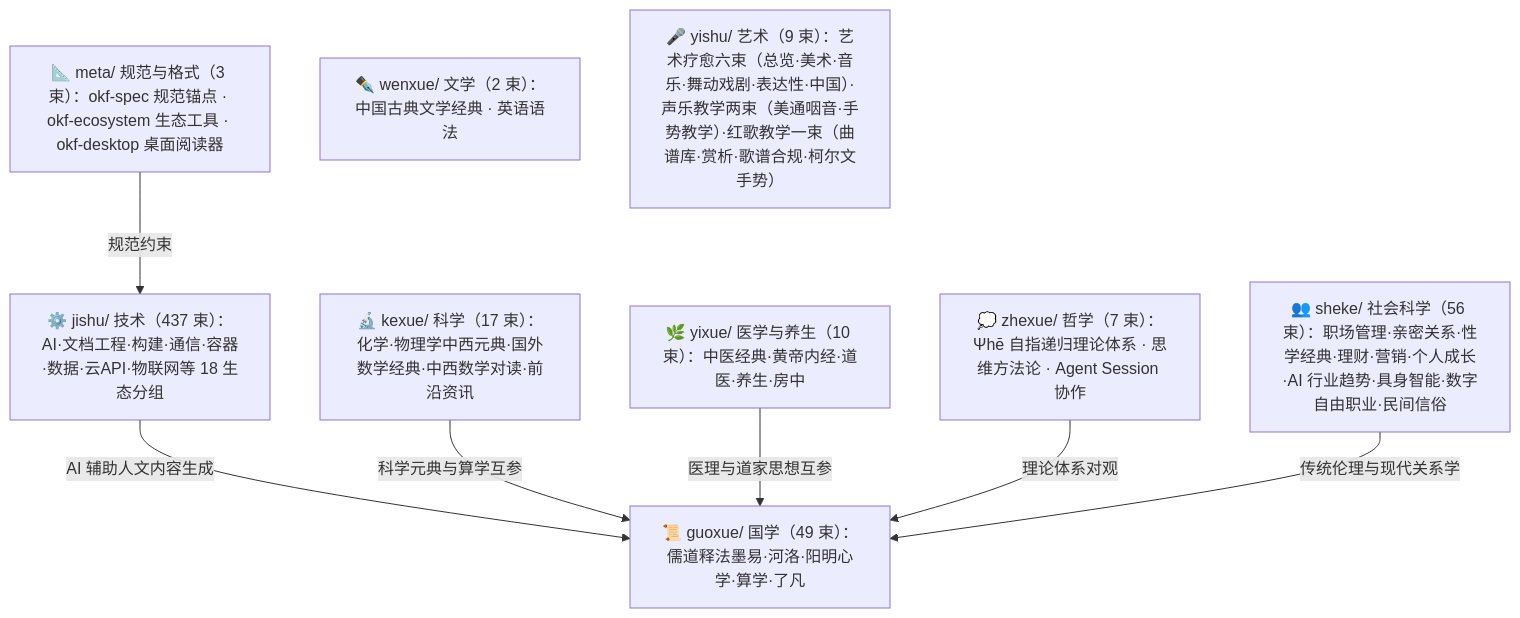
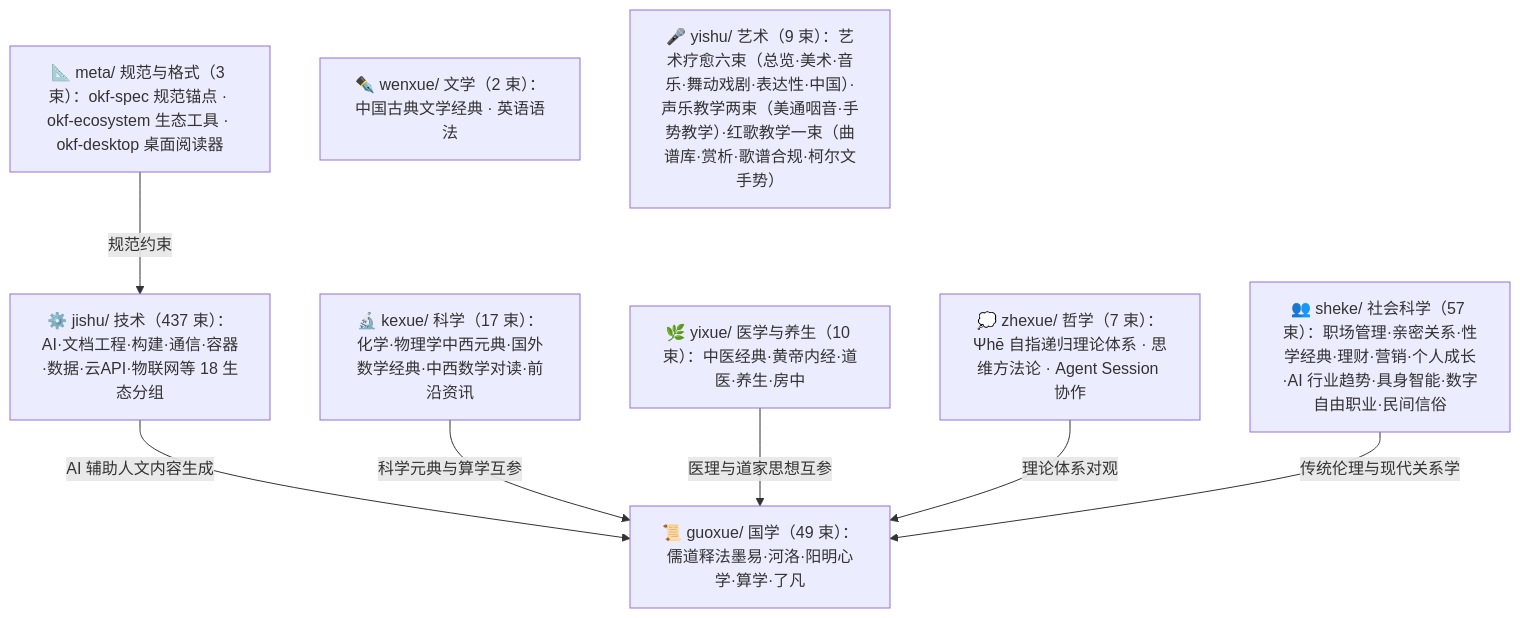
Before and after one commit to awesome-flexloop/awesome-okf: the diagram in doc/bundles/index.md, drawn with Mermaid. The commit also changed other lines of this file and 13 other files, not shown here.

````diff
--- a/doc/bundles/index.md
+++ b/doc/bundles/index.md
@@ -21,18 +21,18 @@
 ```mermaid
 flowchart TD
     meta["📐 meta/ 规范与格式（3 束）：okf-spec 规范锚点 · okf-ecosystem 生态工具 · okf-desktop 桌面阅读器"]
     guoxue["📜 guoxue/ 国学（49 束）：儒道释法墨易·河洛·阳明心学·算学·了凡"]
     zhexue["💭 zhexue/ 哲学（7 束）：Ψhē 自指递归理论体系 · 思维方法论 · Agent Session 协作"]
     kexue["🔬 kexue/ 科学（17 束）：化学·物理学中西元典·国外数学经典·中西数学对读·前沿资讯"]
     wenxue["✒️ wenxue/ 文学（2 束）：中国古典文学经典 · 英语语法"]
     yixue["🌿 yixue/ 医学与养生（10 束）：中医经典·黄帝内经·道医·养生·房中"]
-    sheke["👥 sheke/ 社会科学（56 束）：职场管理·亲密关系·性学经典·理财·营销·个人成长·AI 行业趋势·具身智能·数字自由职业·民间信俗"]
+    sheke["👥 sheke/ 社会科学（57 束）：职场管理·亲密关系·性学经典·理财·营销·个人成长·AI 行业趋势·具身智能·数字自由职业·民间信俗"]
     yishu["🎤 yishu/ 艺术（9 束）：艺术疗愈六束（总览·美术·音乐·舞动戏剧·表达性·中国）·声乐教学两束（美通咽音·手势教学）·红歌教学一束（曲谱库·赏析·歌谱合规·柯尔文手势）"]
     jishu["⚙️ jishu/ 技术（437 束）：AI·文档工程·构建·通信·容器·数据·云API·物联网等 18 生态分组"]
     meta -->|"规范约束"| jishu
     jishu -->|"AI 辅助人文内容生成"| guoxue
     kexue -->|"科学元典与算学互参"| guoxue
     yixue -->|"医理与道家思想互参"| guoxue
     zhexue -->|"理论体系对观"| guoxue
     sheke -->|"传统伦理与现代关系学"| guoxue
 ```
````
